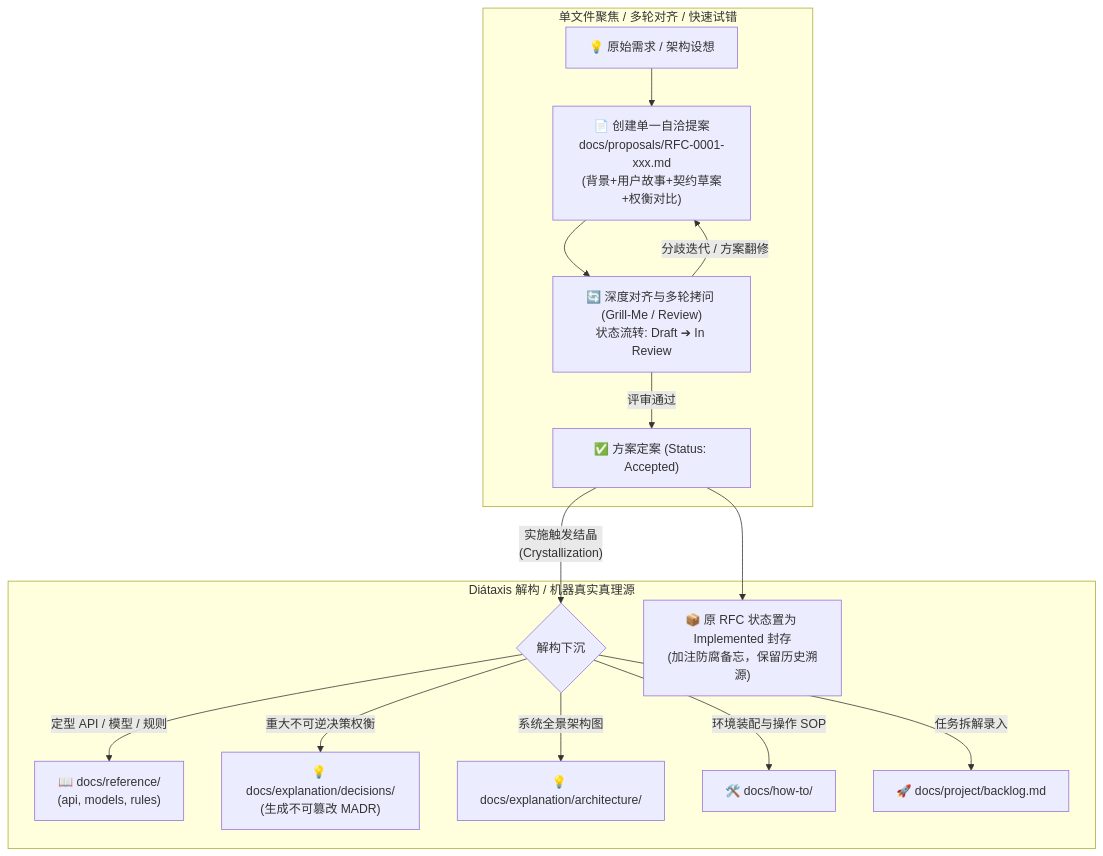
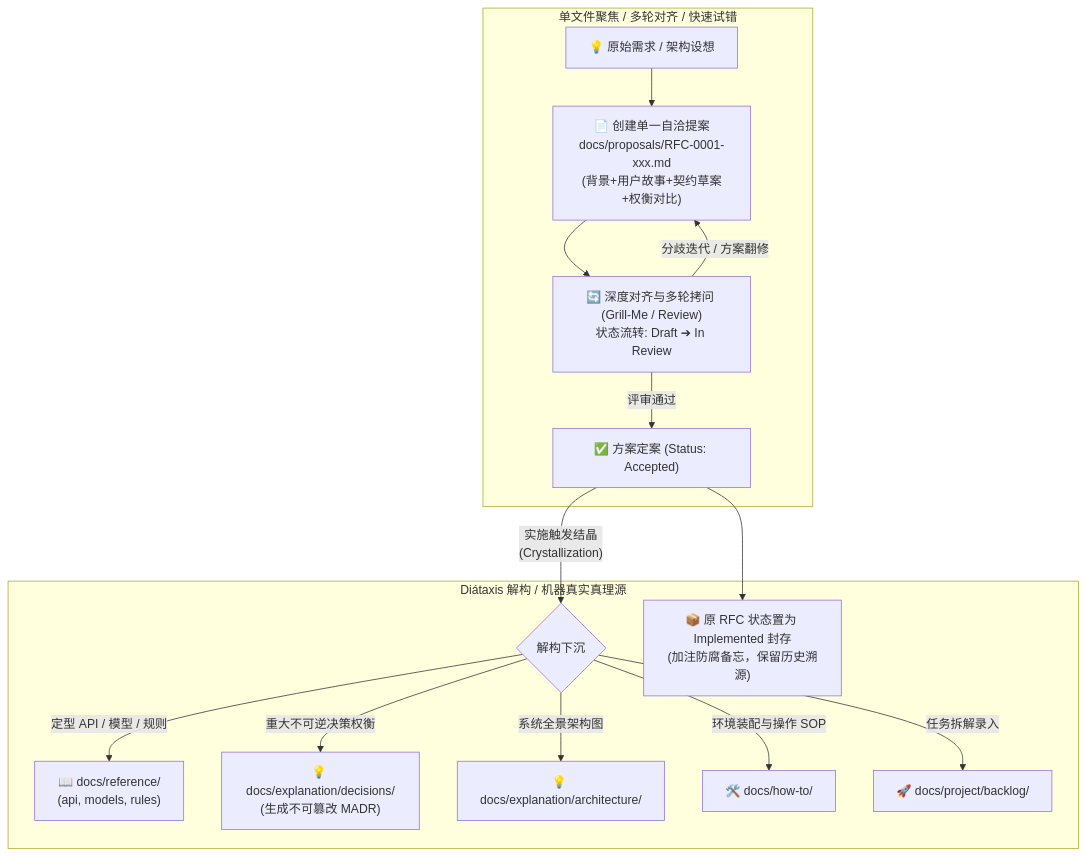
The first of 2 diagrams in docs/explanation/architecture/doc-governance-design.md (CodingRookie98/cr-agent-arsenal), drawn with Mermaid before and after one commit. The commit also changed other lines of this file and 14 other files, not shown here.

````diff
--- a/docs/explanation/architecture/doc-governance-design.md
+++ b/docs/explanation/architecture/doc-governance-design.md
@@ -257,20 +257,20 @@
 ```mermaid
 graph TD
     subgraph 阶段一: 提案孵化与反复对齐期 [单文件聚焦 / 多轮对齐 / 快速试错]
         Idea["💡 原始需求 / 架构设想"] --> Proposal["📄 创建单一自洽提案<br>docs/proposals/RFC-0001-xxx.md<br>(背景+用户故事+契约草案+权衡对比)"]
         Proposal --> Align["🔄 深度对齐与多轮拷问 (Grill-Me / Review)<br>状态流转: Draft ➔ In Review"]
         Align -->|"分歧迭代 / 方案翻修"| Proposal
         Align -->|"评审通过"| Approved["✅ 方案定案 (Status: Accepted)"]
     end
 
     subgraph 阶段二: 实施与结晶沉淀期 [Diátaxis 解构 / 机器真实真理源]
         Approved -->|"实施触发结晶<br>(Crystallization)"| Dissect{"解构下沉"}
         Dissect -->|"定型 API / 模型 / 规则"| Ref["📖 docs/reference/<br>(api, models, rules)"]
         Dissect -->|"重大不可逆决策权衡"| ADR["💡 docs/explanation/decisions/<br>(生成不可篡改 MADR)"]
         Dissect -->|"系统全景架构图"| Arch["💡 docs/explanation/architecture/"]
         Dissect -->|"环境装配与操作 SOP"| HowTo["🛠️ docs/how-to/"]
-        Dissect -->|"任务拆解录入"| Backlog["🚀 docs/project/backlog.md"]
+        Dissect -->|"任务拆解录入"| Backlog["🚀 docs/project/backlog/"]
         
         Approved --> Archive["📦 原 RFC 状态置为 Implemented 封存<br>(加注防腐备忘，保留历史溯源)"]
     end
 ```
````
